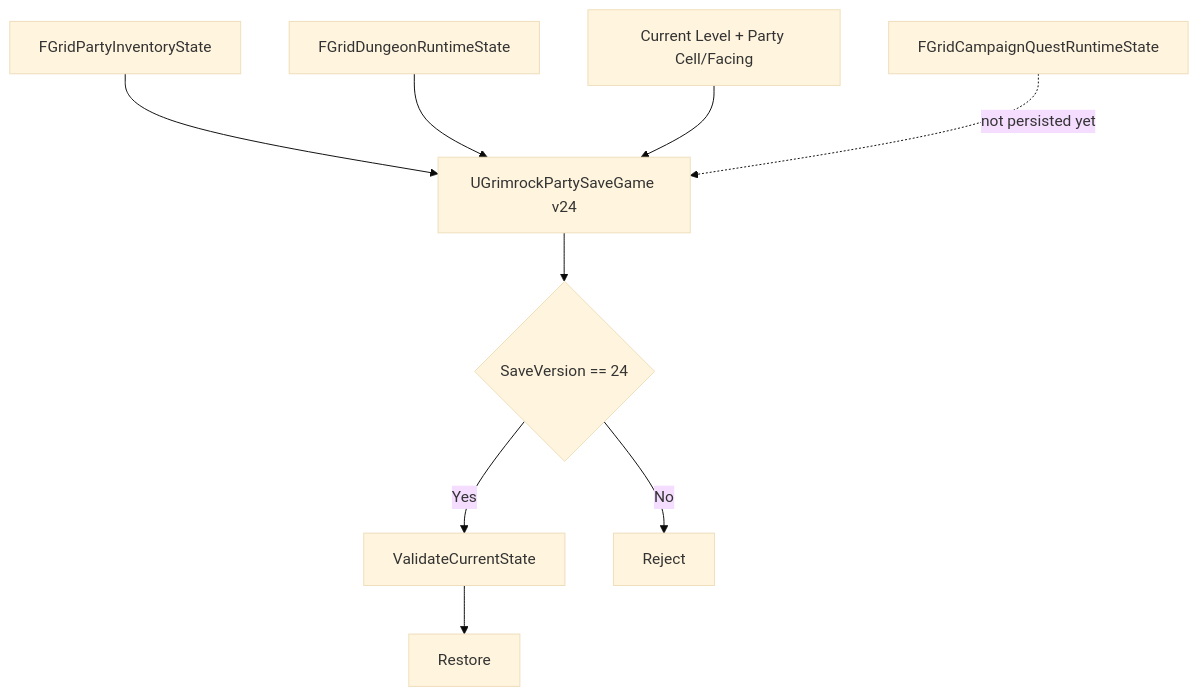
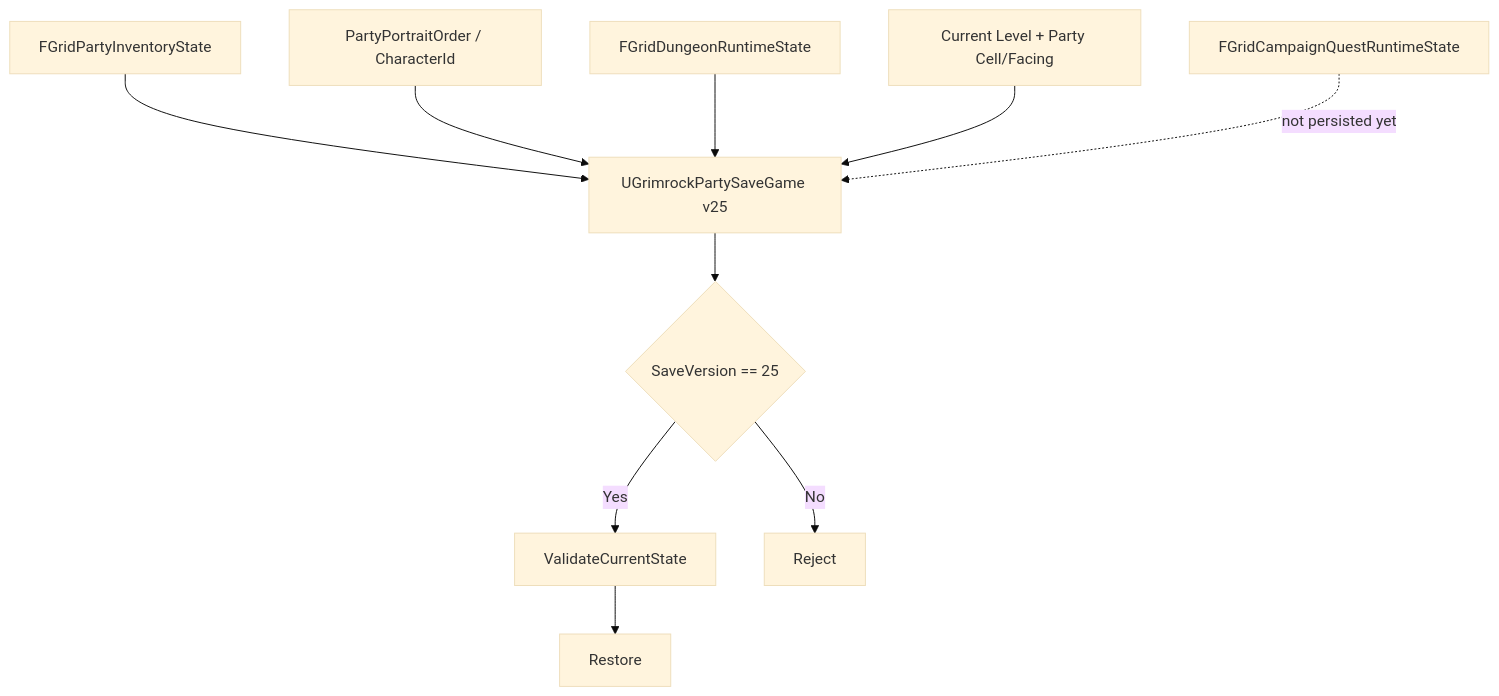
Diagram 12 of 18 in docs/Architecture/Maps/GRIMROCK_PROJECT_MAP_MERMAID.md (PhilippeMartin1964/GrimrockPrototype), drawn with Mermaid (base theme) before and after one commit. The commit also changed other lines of this file and 22 other files, not shown here.

Commit message:
UI-PARTYHUD01.5 persist party portrait order

````diff
--- a/docs/Architecture/Maps/GRIMROCK_PROJECT_MAP_MERMAID.md
+++ b/docs/Architecture/Maps/GRIMROCK_PROJECT_MAP_MERMAID.md
@@ -217,12 +217,13 @@
 ```mermaid
 flowchart TB
-    PARTY[FGridPartyInventoryState] --> SG[UGrimrockPartySaveGame v24]
+    PARTY[FGridPartyInventoryState] --> SG[UGrimrockPartySaveGame v25]
+    ORDER[PartyPortraitOrder / CharacterId] --> SG
     DUN[FGridDungeonRuntimeState] --> SG
     POS[Current Level + Party Cell/Facing] --> SG
-    SG --> CHECK{SaveVersion == 24}
+    SG --> CHECK{SaveVersion == 25}
     CHECK -- Yes --> VALID[ValidateCurrentState]
     VALID --> LOAD[Restore]
     CHECK -- No --> REJECT[Reject]
 
     Q[FGridCampaignQuestRuntimeState] -. not persisted yet .-> SG
 ```
````
